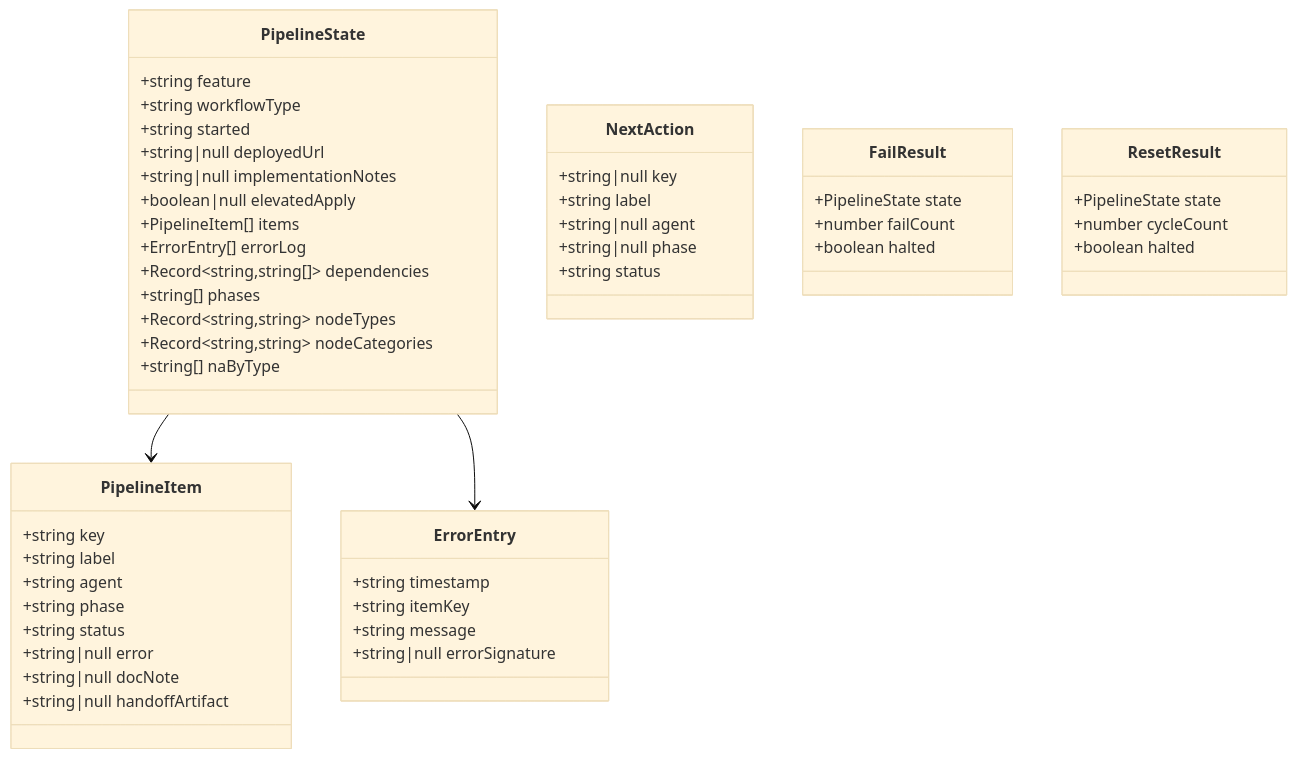
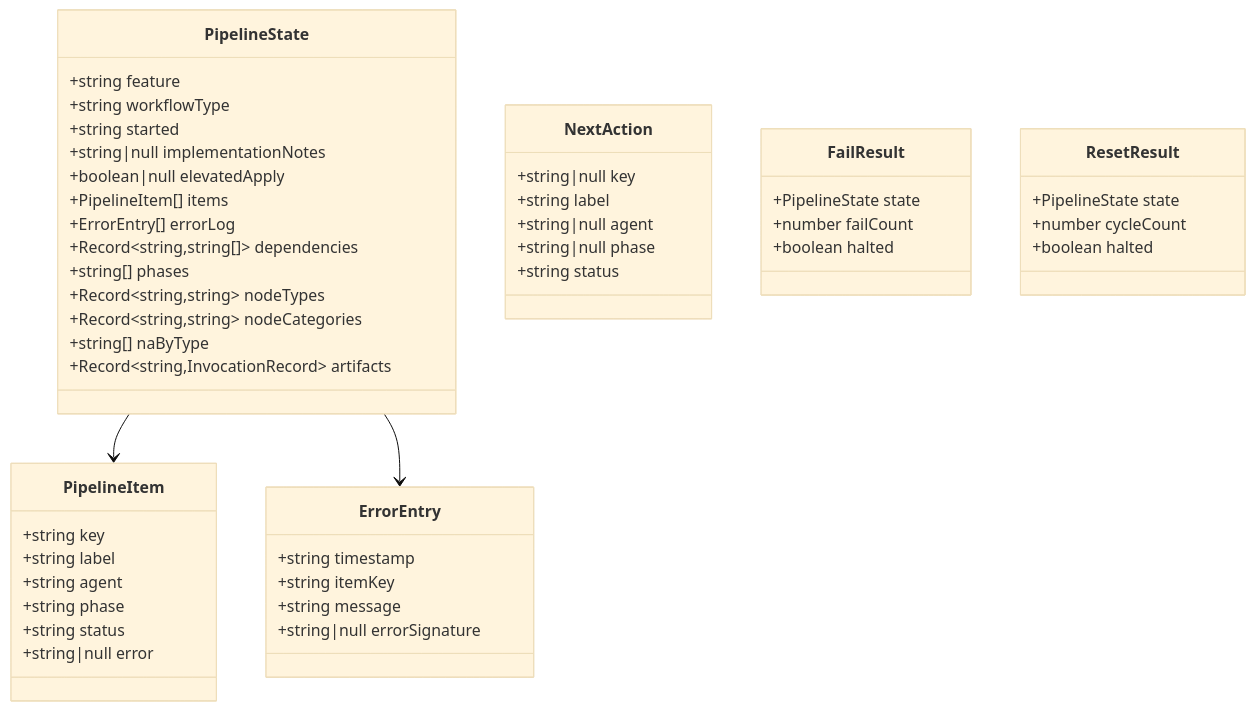
One commit to RomanKaliupinMelonusa/DAGent-t changed the fifth of 7 diagrams in tools/autonomous-factory/docs/04-state-machine.md. Above: the diagram before and after it, drawn with Mermaid (base theme). The commit also changed other lines of this file and 199 other files, not shown here.

````diff
--- a/tools/autonomous-factory/docs/04-state-machine.md
+++ b/tools/autonomous-factory/docs/04-state-machine.md
@@ -316,59 +316,57 @@
 ```mermaid
 classDiagram
     class PipelineState {
         +string feature
         +string workflowType
         +string started
-        +string|null deployedUrl
         +string|null implementationNotes
         +boolean|null elevatedApply
         +PipelineItem[] items
         +ErrorEntry[] errorLog
         +Record~string,string[]~ dependencies
         +string[] phases
         +Record~string,string~ nodeTypes
         +Record~string,string~ nodeCategories
         +string[] naByType
+        +Record~string,InvocationRecord~ artifacts
     }
 
     class PipelineItem {
         +string key
         +string label
         +string agent
         +string phase
         +string status
         +string|null error
-        +string|null docNote
-        +string|null handoffArtifact
     }
 
     class ErrorEntry {
         +string timestamp
         +string itemKey
         +string message
         +string|null errorSignature
     }
 
     class NextAction {
         +string|null key
         +string label
         +string|null agent
         +string|null phase
         +string status
     }
 
     class FailResult {
         +PipelineState state
         +number failCount
         +boolean halted
     }
 
     class ResetResult {
         +PipelineState state
         +number cycleCount
         +boolean halted
     }
 
     PipelineState --> PipelineItem
     PipelineState --> ErrorEntry
 ```
````
